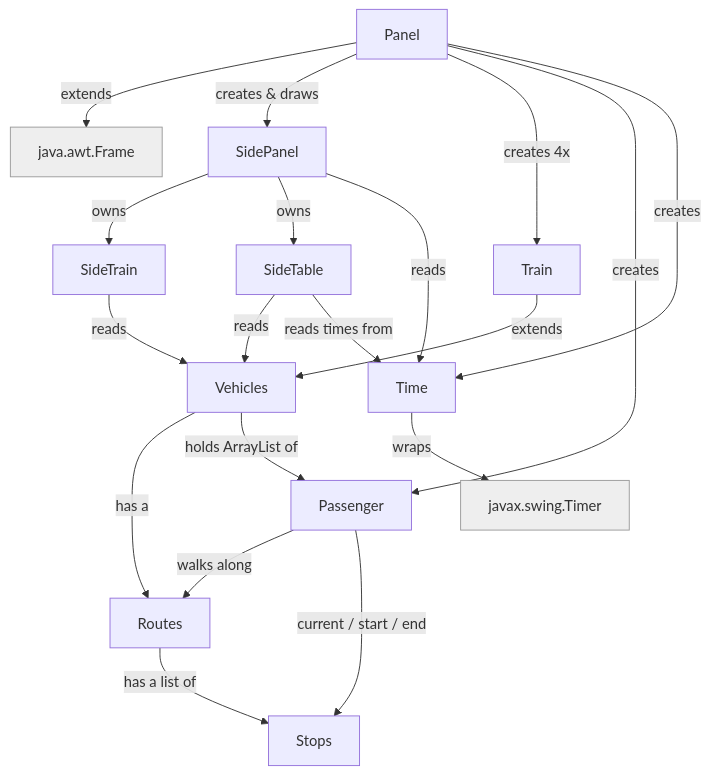
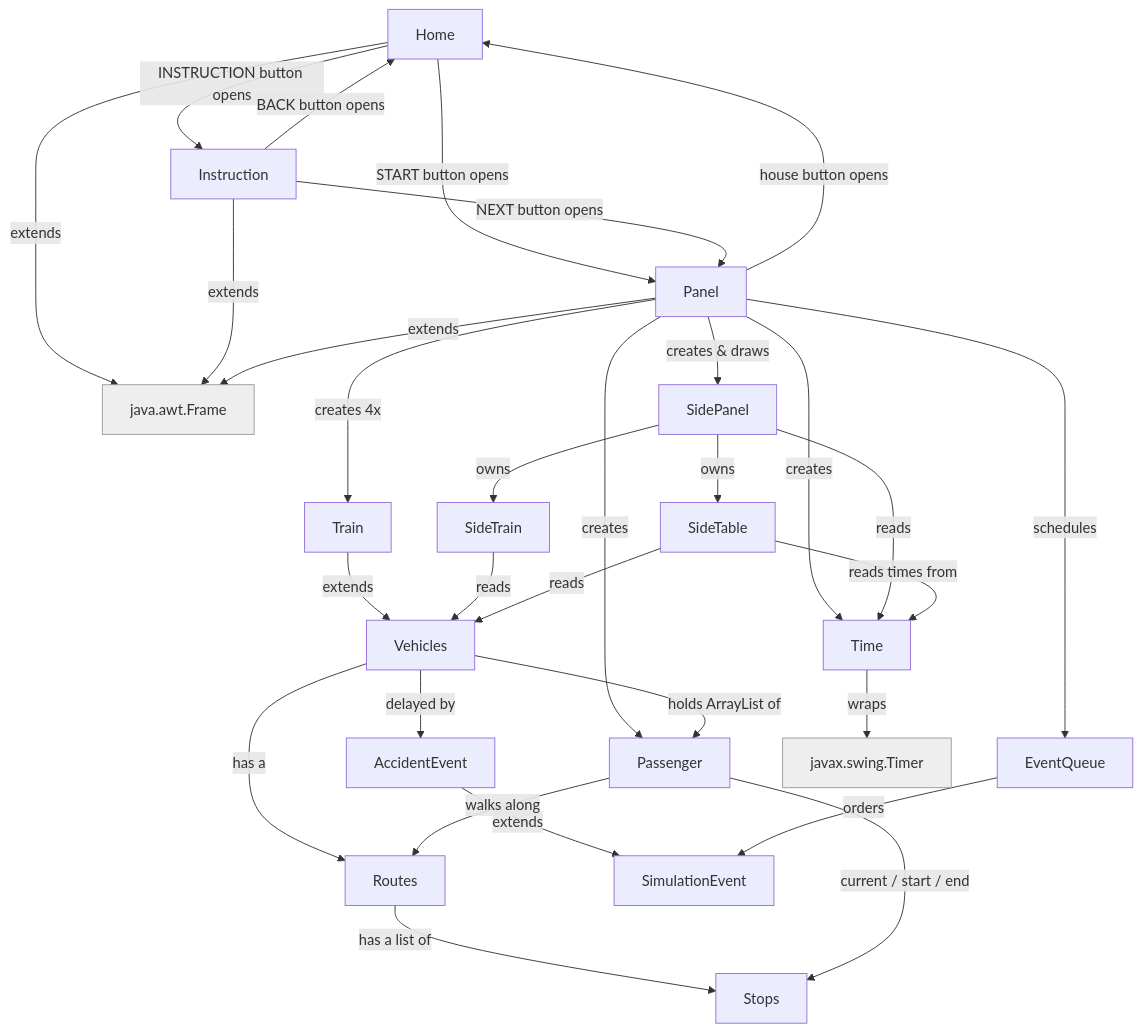
One commit to minwu85/comp2000-project changed the diagram in README.md. Above: the diagram before and after it, drawn with Mermaid. The commit also changed other lines of this file and 19 other files, not shown here.

Commit message:
add: Home screen, instruction and delayed train indicators

````diff
--- a/README.md
+++ b/README.md
@@ -19,28 +23,42 @@
 ```mermaid
 graph TD
     Frame[java.awt.Frame]:::ext
+    Home -->|extends| Frame
+    Instruction -->|extends| Frame
     Panel -->|extends| Frame
+
+    Home -->|START button opens| Panel
+    Home -->|INSTRUCTION button opens| Instruction
+    Instruction -->|BACK button opens| Home
+    Instruction -->|NEXT button opens| Panel
+    Panel -->|house button opens| Home
+
     Panel -->|creates & draws| SidePanel
     Panel -->|creates 4x| Train
     Panel -->|creates| Passenger
     Panel -->|creates| Time
+    Panel -->|schedules| EventQueue
 
     Train -->|extends| Vehicles
     Vehicles -->|has a| Routes
     Vehicles -->|holds ArrayList of| Passenger
+    Vehicles -->|delayed by| AccidentEvent
     Routes -->|has a list of| Stops
+
+    AccidentEvent -->|extends| SimulationEvent
+    EventQueue -->|orders| SimulationEvent
 
     Passenger -->|walks along| Routes
     Passenger -->|current / start / end| Stops
 
     SidePanel -->|owns| SideTrain
     SidePanel -->|owns| SideTable
     SidePanel -->|reads| Time
     SideTrain -->|reads| Vehicles
     SideTable -->|reads| Vehicles
     SideTable -->|reads times from| Time
 
     Time -->|wraps| Timer[javax.swing.Timer]:::ext
 
     classDef ext fill:#eee,stroke:#999,color:#333;
 ```
````
